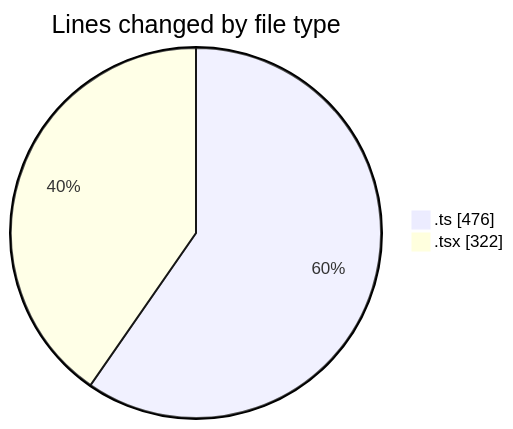
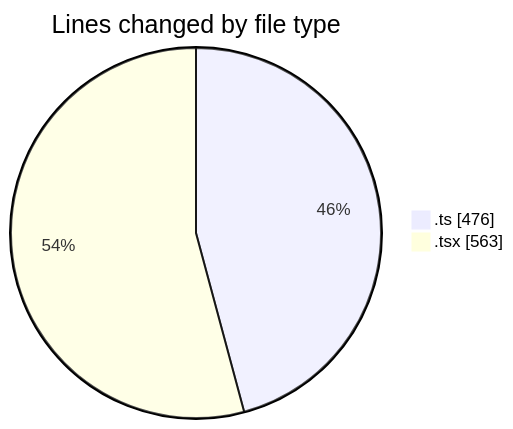
The first of 2 diagrams in 2025-06-27/archive/README.md (JenPaints/code-tracking), drawn with Mermaid before and after one commit. The commit also changed other lines of this file and 1 other file, not shown here.

````diff
--- a/2025-06-27/archive/README.md
+++ b/2025-06-27/archive/README.md
@@ -24,6 +25,6 @@
 ```mermaid
 pie showData
 title Lines changed by file type
 ".ts" : 476
-".tsx" : 322
+".tsx" : 563
 ```
````
